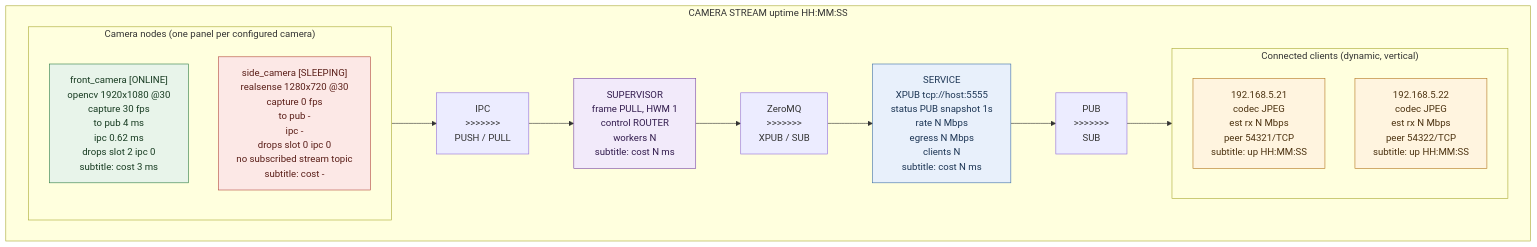
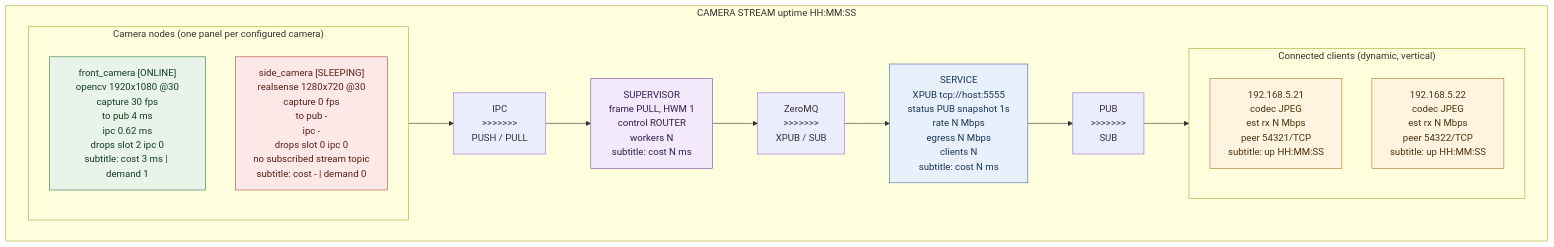
Before and after one commit to sorelferris/camera-stream: the third of 3 diagrams in README.md, drawn with Mermaid. The commit also changed other lines of this file and 8 other files, not shown here.

Commit message:
Update README and README.zh to clarify server stop command; enhance dashboard display with demand information; refactor StreamReceiver and Dashboard for improved input handling; increment version to 0.3.1 in pyproject.toml and related files.

````diff
--- a/README.md
+++ b/README.md
@@ -351,41 +352,41 @@
 ```mermaid
 flowchart LR
     subgraph Screen["CAMERA STREAM                                      uptime HH:MM:SS"]
         direction LR
 
         subgraph Cameras["Camera nodes (one panel per configured camera)"]
             direction TB
-            Cam1["front_camera [ONLINE]<br/>opencv 1920x1080 @30<br/>capture 30 fps<br/>to pub 4 ms<br/>ipc 0.62 ms<br/>drops slot 2 ipc 0<br/>subtitle: cost 3 ms"]
-            Cam2["side_camera [SLEEPING]<br/>realsense 1280x720 @30<br/>capture 0 fps<br/>to pub -<br/>ipc -<br/>drops slot 0 ipc 0<br/>no subscribed stream topic<br/>subtitle: cost -"]
+            Cam1["front_camera [ONLINE]<br/>opencv 1920x1080 @30<br/>capture 30 fps<br/>to pub 4 ms<br/>ipc 0.62 ms<br/>drops slot 2 ipc 0<br/>subtitle: cost 3 ms | demand 1"]
+            Cam2["side_camera [SLEEPING]<br/>realsense 1280x720 @30<br/>capture 0 fps<br/>to pub -<br/>ipc -<br/>drops slot 0 ipc 0<br/>no subscribed stream topic<br/>subtitle: cost - | demand 0"]
         end
 
         Ipc["IPC<br/>>>>>>>><br/>PUSH / PULL"]
 
         Supervisor["SUPERVISOR<br/>frame PULL, HWM 1<br/>control ROUTER<br/>workers N<br/>subtitle: cost N ms"]
 
         Zmq["ZeroMQ<br/>>>>>>>><br/>XPUB / SUB"]
 
         Service["SERVICE<br/>XPUB tcp://host:5555<br/>status PUB snapshot 1s<br/>rate N Mbps<br/>egress N Mbps<br/>clients N<br/>subtitle: cost N ms"]
 
         Pub["PUB<br/>>>>>>>><br/>SUB"]
 
         subgraph Clients["Connected clients (dynamic, vertical)"]
             direction TB
             Client1["192.168.5.21<br/>codec JPEG<br/>est rx N Mbps<br/>peer 54321/TCP<br/>subtitle: up HH:MM:SS"]
             Client2["192.168.5.22<br/>codec JPEG<br/>est rx N Mbps<br/>peer 54322/TCP<br/>subtitle: up HH:MM:SS"]
         end
 
         Cameras --> Ipc --> Supervisor --> Zmq --> Service --> Pub --> Clients
     end
 
     classDef camera fill:#e8f4ea,stroke:#2f7d45,color:#173b21
     classDef offline fill:#fce8e6,stroke:#b44b3e,color:#5a1e18
     classDef supervisor fill:#f2eafa,stroke:#7b4aa5,color:#321b4d
     classDef service fill:#e8f0fb,stroke:#3d6ea8,color:#1c3554
     classDef client fill:#fff4df,stroke:#b47720,color:#4c3210
     class Cam1 camera
     class Cam2 offline
     class Supervisor supervisor
     class Service service
     class Client1,Client2 client
 ```
````
